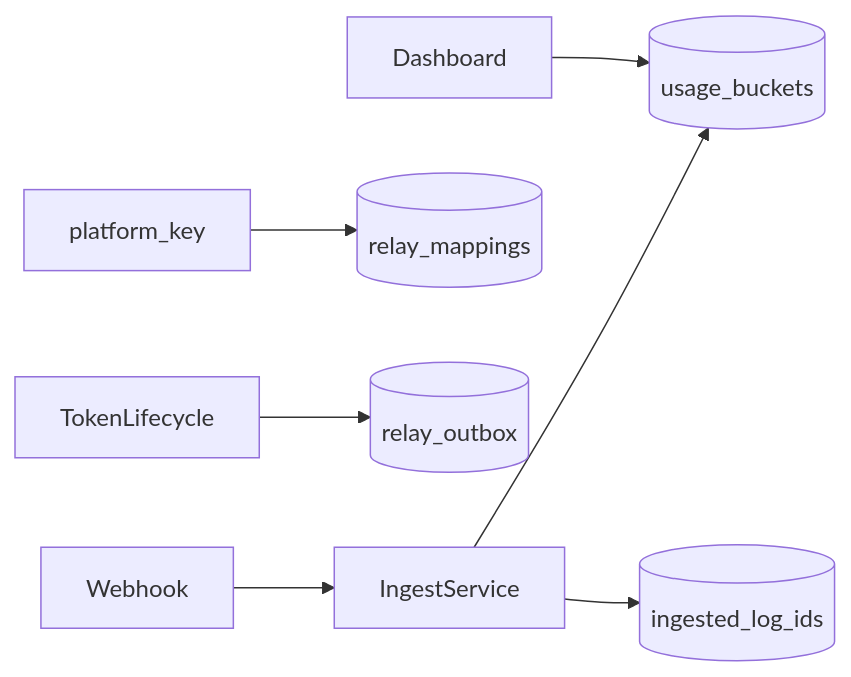
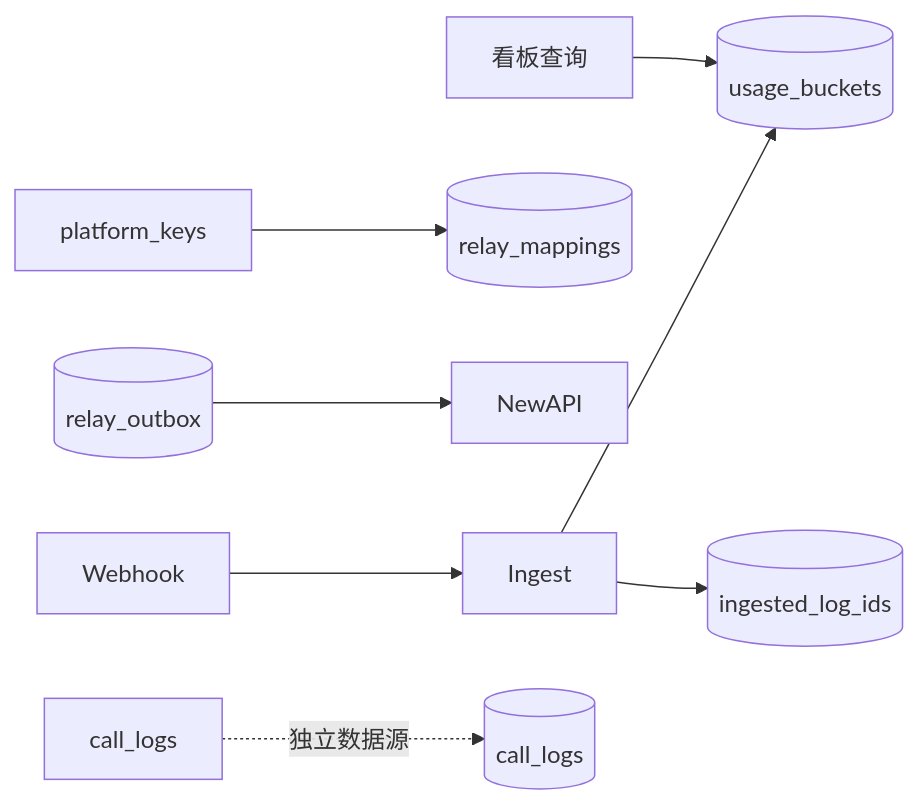
One commit to quyip8818/mytokenjoy changed the sixth of 8 diagrams in docs/Backend-存储架构.md. Above: the diagram before and after it, drawn with Mermaid. The commit also changed other lines of this file and 7 other files, not shown here.

````diff
--- a/docs/Backend-存储架构.md
+++ b/docs/Backend-存储架构.md
@@ -538,9 +215,10 @@
 ```mermaid
 flowchart LR
-  WH[Webhook] --> ING[IngestService]
+  WH[Webhook] --> ING[Ingest]
   ING --> UB[(usage_buckets)]
   ING --> IL[(ingested_log_ids)]
-  PK[platform_key] --> RM[(relay_mappings)]
-  LC[TokenLifecycle] --> RO[(relay_outbox)]
-  DASH[Dashboard] --> UB
+  PK[platform_keys] --> RM[(relay_mappings)]
+  RO[(relay_outbox)] --> NA[NewAPI]
+  DASH[看板查询] --> UB
+  AUD[call_logs] -.->|独立数据源| CL[(call_logs)]
 ```
````
